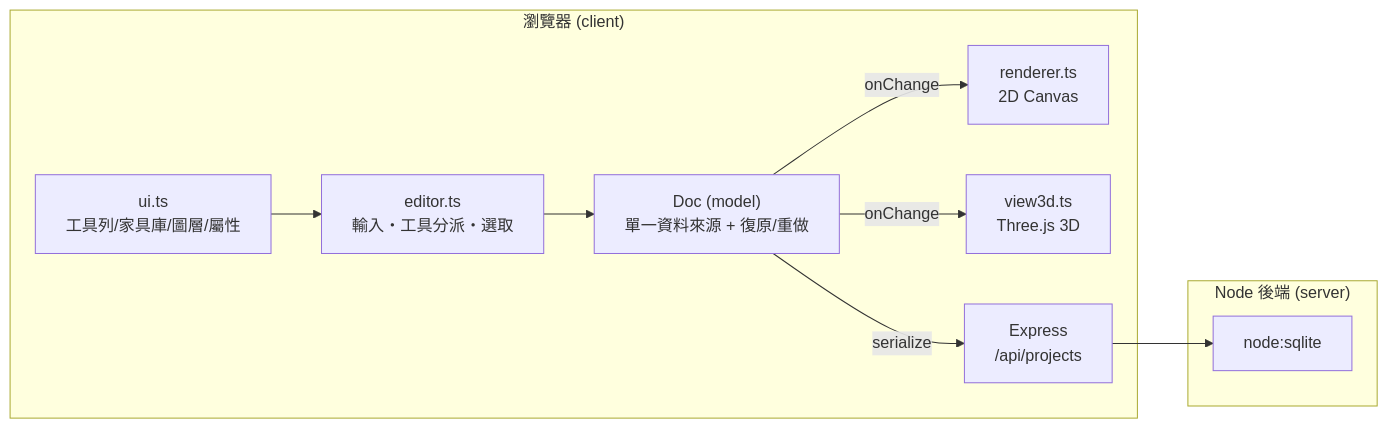
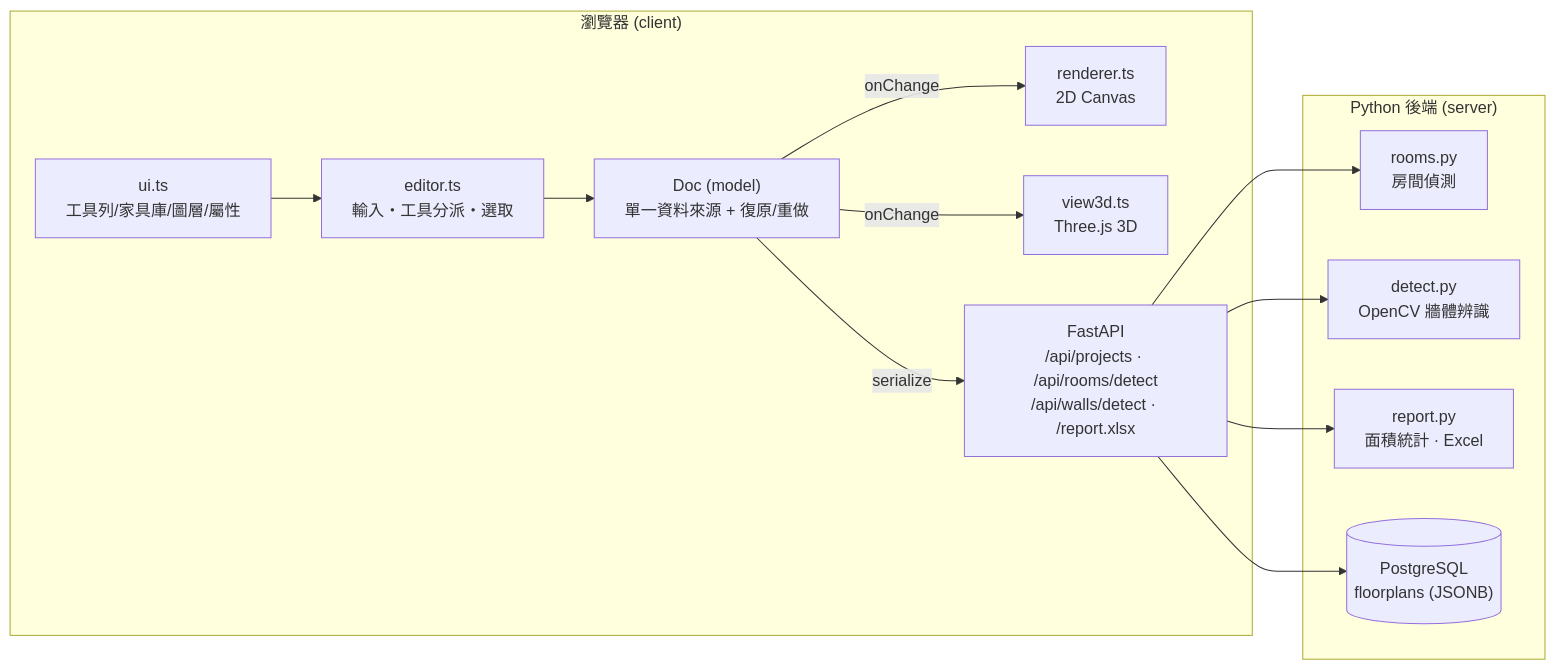
The diagram in README.md (bruuucechang/interiordesign), drawn with Mermaid before and after one commit. The commit also changed other lines of this file and 5 other files, not shown here.

````diff
--- a/README.md
+++ b/README.md
@@ -56,19 +57,25 @@
 ```mermaid
 flowchart LR
   subgraph Browser["瀏覽器 (client)"]
     UI["ui.ts<br/>工具列/家具庫/圖層/屬性"]
     Editor["editor.ts<br/>輸入・工具分派・選取"]
     Doc["Doc (model)<br/>單一資料來源 + 復原/重做"]
     R2D["renderer.ts<br/>2D Canvas"]
     V3D["view3d.ts<br/>Three.js 3D"]
     UI --> Editor --> Doc
     Doc -- onChange --> R2D
     Doc -- onChange --> V3D
     Doc -- serialize --> API
   end
-  subgraph Server["Node 後端 (server)"]
-    API["Express<br/>/api/projects"]
-    DB["node:sqlite"]
+  subgraph Server["Python 後端 (server)"]
+    API["FastAPI<br/>/api/projects · /api/rooms/detect<br/>/api/walls/detect · /report.xlsx"]
+    ROOMS["rooms.py<br/>房間偵測"]
+    DETECT["detect.py<br/>OpenCV 牆體辨識"]
+    REPORT["report.py<br/>面積統計 · Excel"]
+    DB[("PostgreSQL<br/>floorplans (JSONB)")]
+    API --> ROOMS
+    API --> DETECT
+    API --> REPORT
     API --> DB
   end
 ```
````
